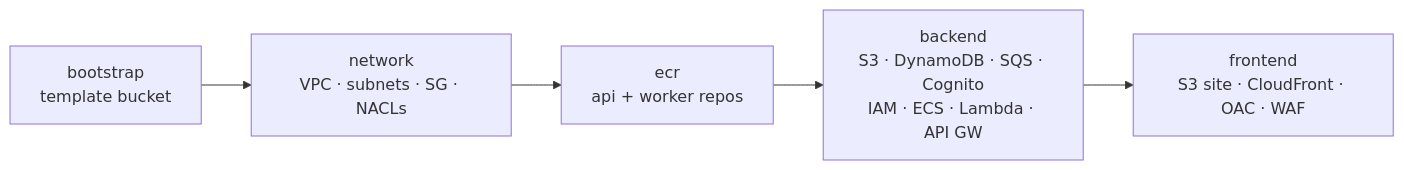
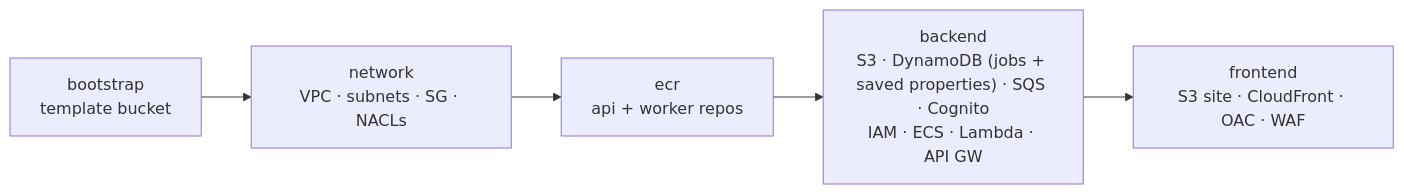
One commit to jjacks25/survey-art changed the fourth of 4 diagrams in docs/architecture.md. Above: the diagram before and after it, drawn with Mermaid. The commit also changed other lines of this file and 11 other files, not shown here.

First line of the commit message:
Add a permanent saved-properties list, independent of run history

````diff
--- a/docs/architecture.md
+++ b/docs/architecture.md
@@ -206,9 +221,9 @@
 ```mermaid
 flowchart LR
     bootstrap["bootstrap<br/>template bucket"]
     network["network<br/>VPC · subnets · SG · NACLs"]
     ecr["ecr<br/>api + worker repos"]
-    backend["backend<br/>S3 · DynamoDB · SQS · Cognito<br/>IAM · ECS · Lambda · API GW"]
+    backend["backend<br/>S3 · DynamoDB (jobs + saved properties) · SQS · Cognito<br/>IAM · ECS · Lambda · API GW"]
     frontend["frontend<br/>S3 site · CloudFront · OAC · WAF"]
     bootstrap --> network --> ecr --> backend --> frontend
 ```
````
